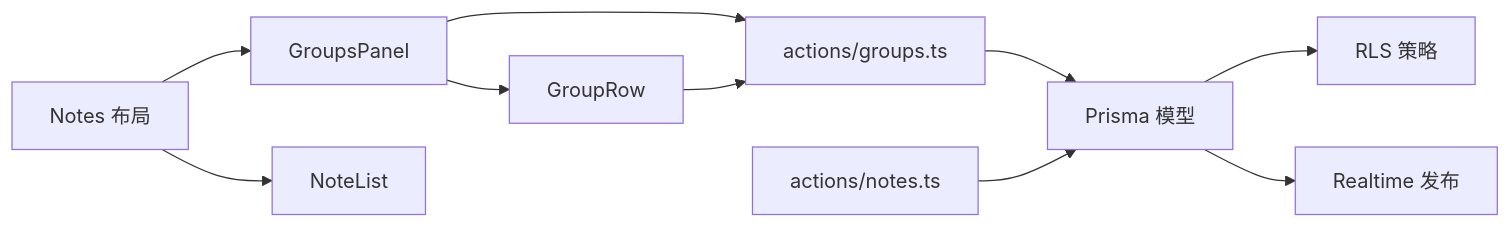
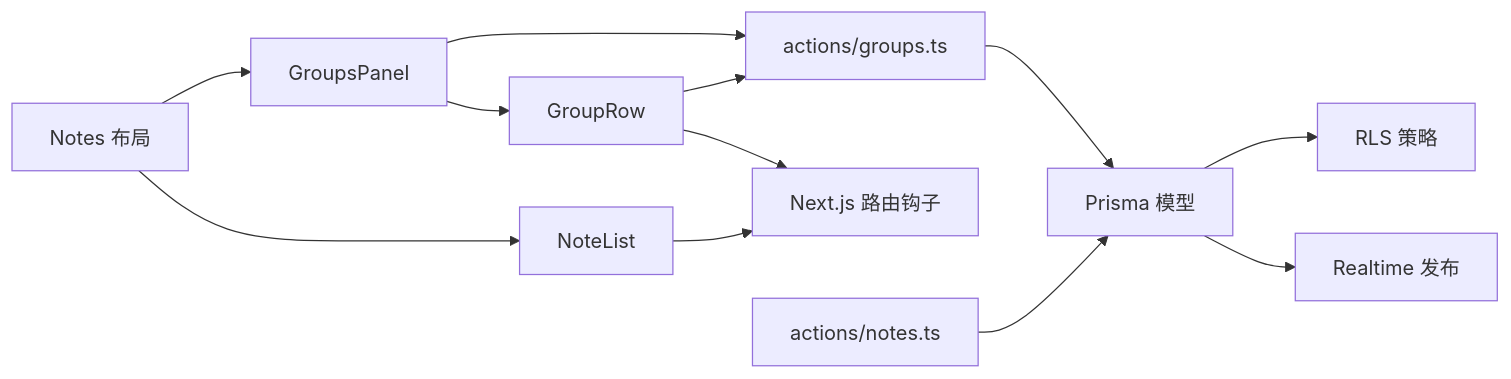
Before and after one commit to qiuziGirl/smart-todo: the seventh of 8 diagrams in .qoder/repowiki/zh/content/便签管理系统/分组管理系统.md, drawn with Mermaid. The commit also changed other lines of this file and 8 other files, not shown here.

````diff
--- a/.qoder/repowiki/zh/content/便签管理系统/分组管理系统.md
+++ b/.qoder/repowiki/zh/content/便签管理系统/分组管理系统.md
@@ -291,12 +348,14 @@
 ```mermaid
 graph LR
 GP["GroupsPanel"] --> GR["GroupRow"]
 GP --> AG["actions/groups.ts"]
 GR --> AG
+GR --> ROUTE["Next.js 路由钩子"]
+NL["NoteList"] --> ROUTE
 LAYOUT["Notes 布局"] --> GP
-LAYOUT --> NL["NoteList"]
+LAYOUT --> NL
 AG --> PRISMA["Prisma 模型"]
 AN["actions/notes.ts"] --> PRISMA
 PRISMA --> RLS["RLS 策略"]
 PRISMA --> PUB["Realtime 发布"]
 ```
````
